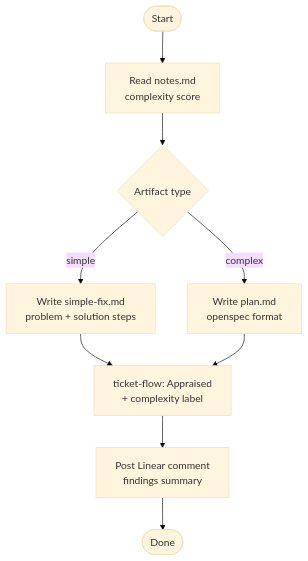
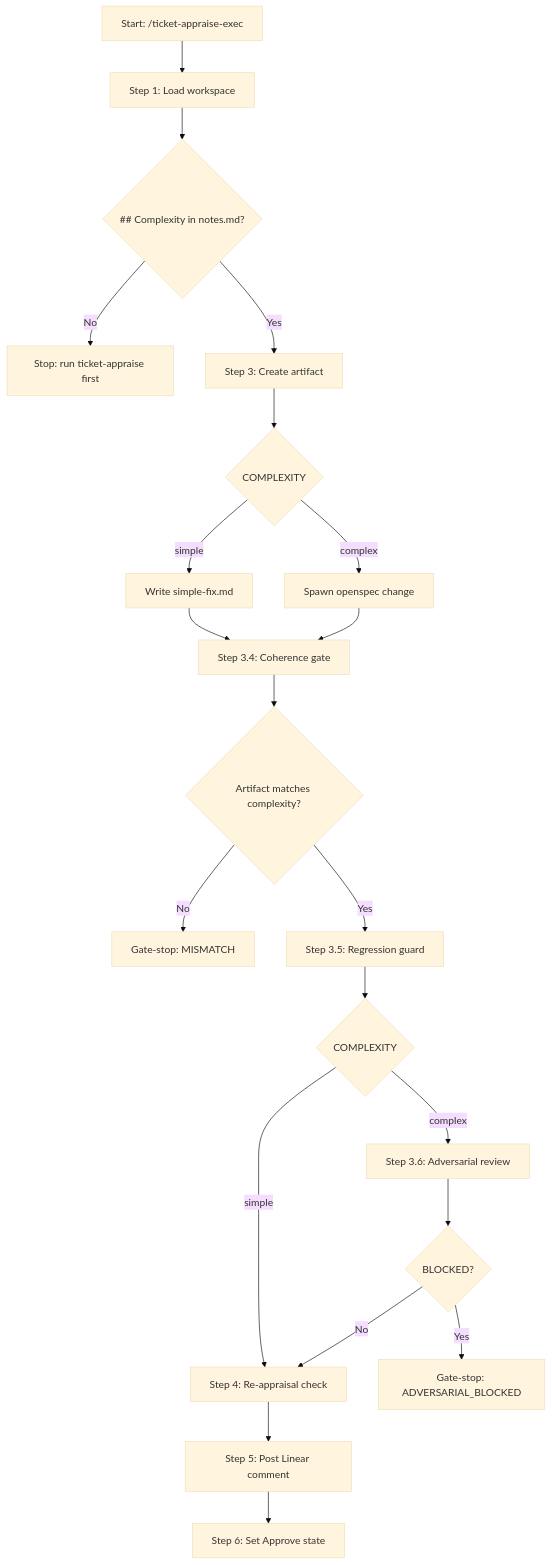
Before and after one commit to willard-pro/claude-plugins: the diagram in ticket-auto-pipeline/docs/skills/ticket-appraise-exec.md, drawn with Mermaid (base theme). The commit also changed other lines of this file and 39 other files, not shown here.

````diff
--- a/ticket-auto-pipeline/docs/skills/ticket-appraise-exec.md
+++ b/ticket-auto-pipeline/docs/skills/ticket-appraise-exec.md
@@ -35,11 +41,23 @@
 ```mermaid
 flowchart TD
-    A([Start]) --> B[Read notes.md\ncomplexity score]
-    B --> C{Artifact type}
-    C -- simple --> D[Write simple-fix.md\nproblem + solution steps]
-    C -- complex --> E[Write plan.md\nopenspec format]
-    D --> F[ticket-flow: Appraised\n+ complexity label]
-    E --> F
-    F --> G[Post Linear comment\nfindings summary]
-    G --> H([Done])
+    A[Start: /ticket-appraise-exec] --> B[Step 1: Load workspace]
+    B --> C{## Complexity in notes.md?}
+    C -->|No| STOP1[Stop: run ticket-appraise first]
+    C -->|Yes| D[Step 3: Create artifact]
+    D --> E{COMPLEXITY}
+    E -->|simple| F[Write simple-fix.md]
+    E -->|complex| G[Spawn openspec change]
+    F --> H[Step 3.4: Coherence gate]
+    G --> H
+    H --> I{Artifact matches complexity?}
+    I -->|No| STOP2[Gate-stop: MISMATCH]
+    I -->|Yes| J[Step 3.5: Regression guard]
+    J --> K{COMPLEXITY}
+    K -->|complex| L[Step 3.6: Adversarial review]
+    K -->|simple| M[Step 4: Re-appraisal check]
+    L --> N{BLOCKED?}
+    N -->|Yes| STOP3[Gate-stop: ADVERSARIAL_BLOCKED]
+    N -->|No| M
+    M --> O[Step 5: Post Linear comment]
+    O --> P[Step 6: Set Approve state]
 ```
````
